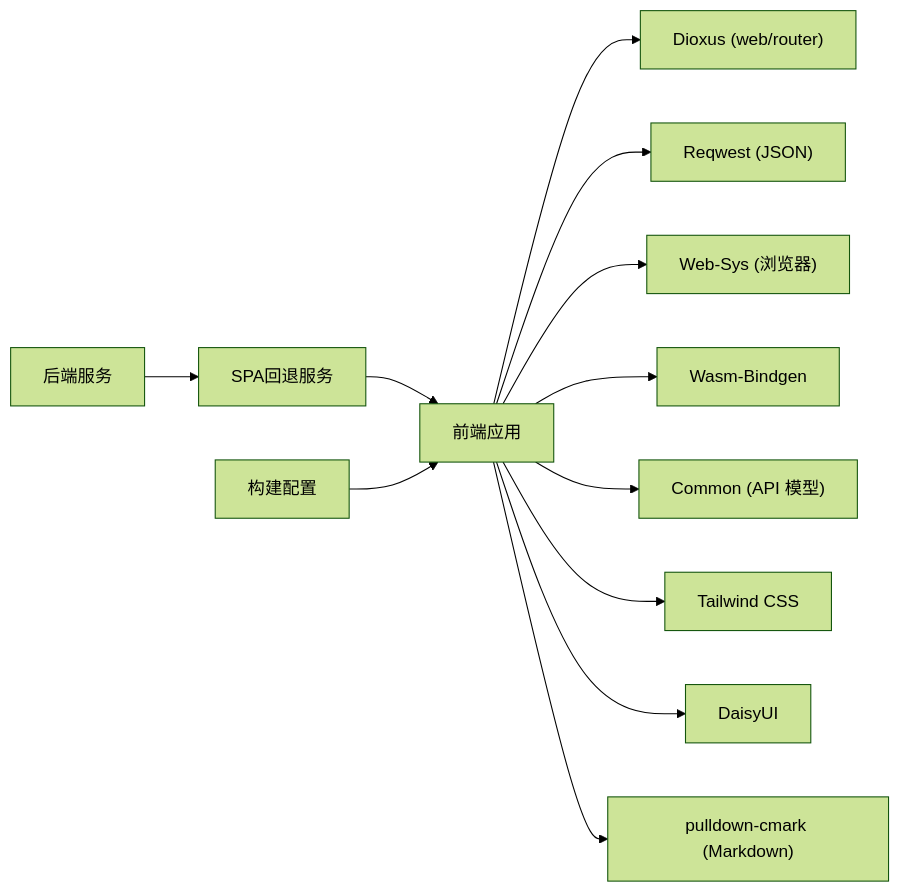
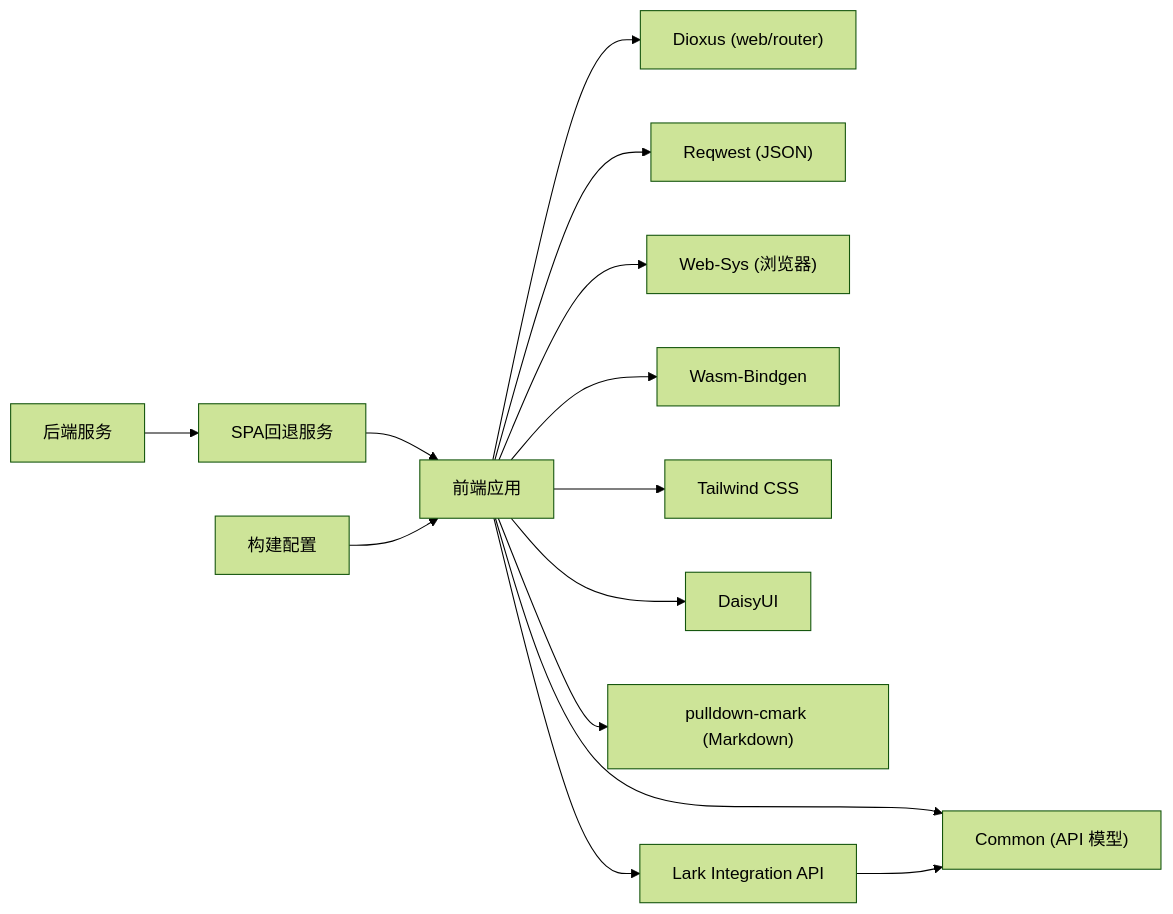
Before and after one commit to runningcoders/ai_orz: diagram 16 of 16 in .qoder/repowiki/zh/content/前端应用/前端应用.md, drawn with Mermaid (forest theme). The commit also changed other lines of this file and 9 other files, not shown here.

````diff
--- a/.qoder/repowiki/zh/content/前端应用/前端应用.md
+++ b/.qoder/repowiki/zh/content/前端应用/前端应用.md
@@ -528,14 +612,16 @@
 ```mermaid
 graph LR
 FE["前端应用"] --> DX["Dioxus (web/router)"]
 FE --> RW["Reqwest (JSON)"]
 FE --> WS["Web-Sys (浏览器)"]
 FE --> CB["Wasm-Bindgen"]
 FE --> CM["Common (API 模型)"]
 FE --> TW["Tailwind CSS"]
 FE --> DD["DaisyUI"]
 FE --> PM["pulldown-cmark (Markdown)"]
+FE --> LI["Lark Integration API"]
 BE["后端服务"] --> SF["SPA回退服务"]
 SF --> FE
 BC["构建配置"] --> FE
+LI --> CM
 ```
````
